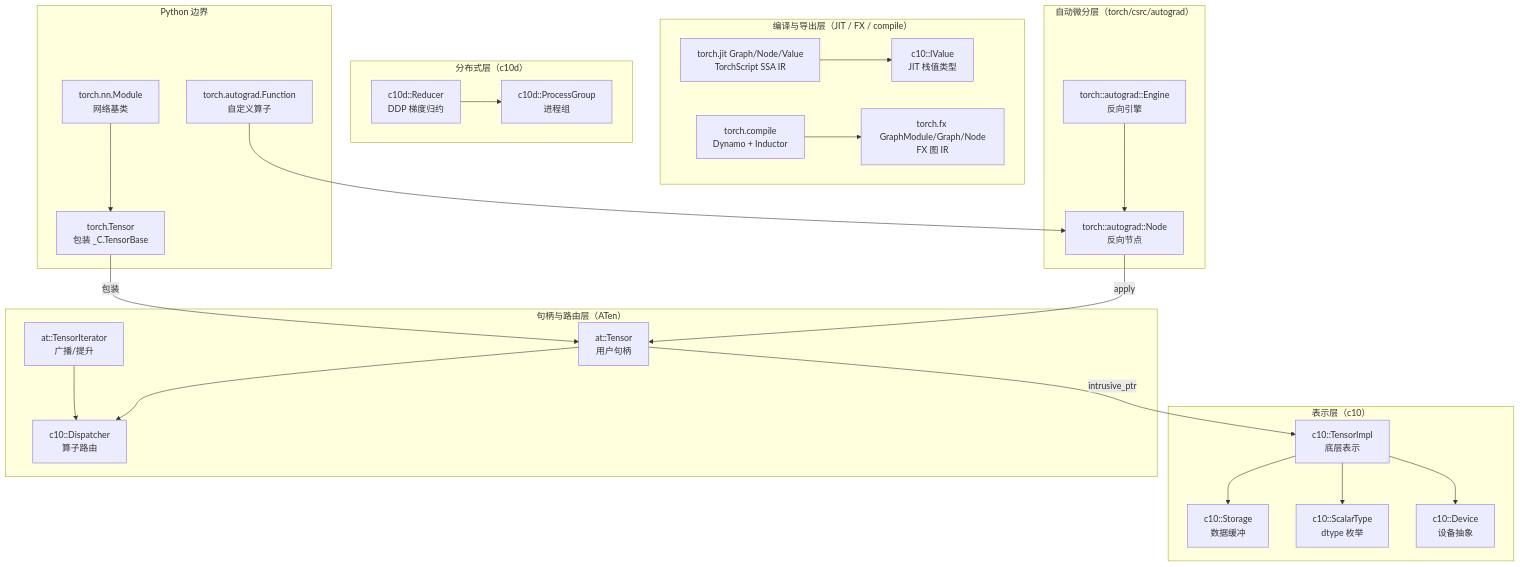
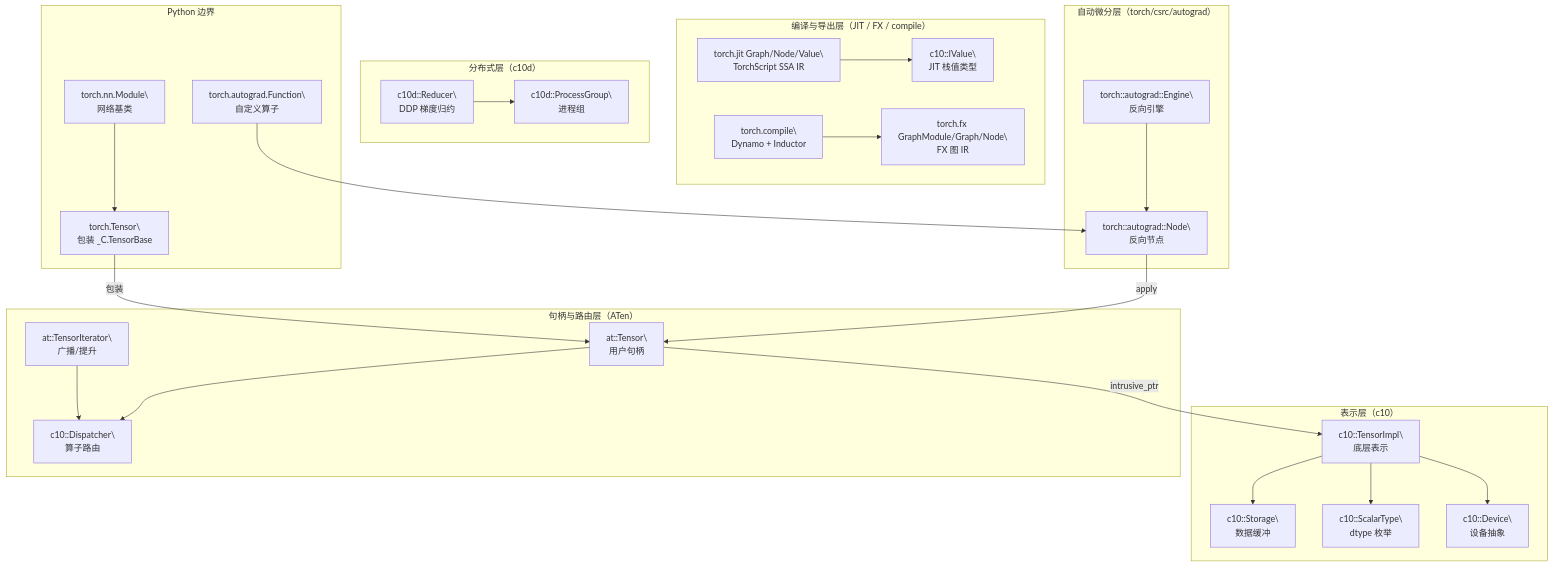
Before and after one commit to stevexiaofei/second-brain: the diagram in docs/knowledge/pytorch/pytorch-key-classes.md, drawn with Mermaid. The commit also changed 14 other files, not shown here.

First line of the commit message:
docs: bump mermaid font sizes and replace <br/> with real newlines

````diff
--- a/docs/knowledge/pytorch/pytorch-key-classes.md
+++ b/docs/knowledge/pytorch/pytorch-key-classes.md
@@ -69,47 +69,65 @@
 ```mermaid
 graph TD
     subgraph 表示层["表示层（c10）"]
-        TensorImpl["c10::TensorImpl<br/>底层表示"]
-        Storage["c10::Storage<br/>数据缓冲"]
-        ScalarType["c10::ScalarType<br/>dtype 枚举"]
-        Device["c10::Device<br/>设备抽象"]
+        TensorImpl["c10::TensorImpl\
+底层表示"]
+        Storage["c10::Storage\
+数据缓冲"]
+        ScalarType["c10::ScalarType\
+dtype 枚举"]
+        Device["c10::Device\
+设备抽象"]
         TensorImpl --> Storage
         TensorImpl --> ScalarType
         TensorImpl --> Device
     end
     subgraph 句柄与路由层["句柄与路由层（ATen）"]
-        ATenTensor["at::Tensor<br/>用户句柄"]
-        TensorIterator["at::TensorIterator<br/>广播/提升"]
-        Dispatcher["c10::Dispatcher<br/>算子路由"]
+        ATenTensor["at::Tensor\
+用户句柄"]
+        TensorIterator["at::TensorIterator\
+广播/提升"]
+        Dispatcher["c10::Dispatcher\
+算子路由"]
         ATenTensor -->|"intrusive_ptr"| TensorImpl
         ATenTensor --> Dispatcher
         TensorIterator --> Dispatcher
     end
     subgraph 自动微分层["自动微分层（torch/csrc/autograd）"]
-        Node["torch::autograd::Node<br/>反向节点"]
-        Engine["torch::autograd::Engine<br/>反向引擎"]
+        Node["torch::autograd::Node\
+反向节点"]
+        Engine["torch::autograd::Engine\
+反向引擎"]
         Engine --> Node
         Node -->|"apply"| ATenTensor
     end
     subgraph 编译与导出层["编译与导出层（JIT / FX / compile）"]
-        Graph["torch.jit Graph/Node/Value<br/>TorchScript SSA IR"]
-        FXGraph["torch.fx GraphModule/Graph/Node<br/>FX 图 IR"]
-        Compile["torch.compile<br/>Dynamo + Inductor"]
-        IValue["c10::IValue<br/>JIT 栈值类型"]
+        Graph["torch.jit Graph/Node/Value\
+TorchScript SSA IR"]
+        FXGraph["torch.fx GraphModule/Graph/Node\
+FX 图 IR"]
+        Compile["torch.compile\
+Dynamo + Inductor"]
+        IValue["c10::IValue\
+JIT 栈值类型"]
         Graph --> IValue
         Compile --> FXGraph
     end
     subgraph 分布式层["分布式层（c10d）"]
-        ProcessGroup["c10d::ProcessGroup<br/>进程组"]
-        Reducer["c10d::Reducer<br/>DDP 梯度归约"]
+        ProcessGroup["c10d::ProcessGroup\
+进程组"]
+        Reducer["c10d::Reducer\
+DDP 梯度归约"]
         Reducer --> ProcessGroup
     end
     subgraph Python 边界["Python 边界"]
-        PyTensor["torch.Tensor<br/>包装 _C.TensorBase"]
-        PyModule["torch.nn.Module<br/>网络基类"]
-        PyFunction["torch.autograd.Function<br/>自定义算子"]
+        PyTensor["torch.Tensor\
+包装 _C.TensorBase"]
+        PyModule["torch.nn.Module\
+网络基类"]
+        PyFunction["torch.autograd.Function\
+自定义算子"]
         PyTensor -->|"包装"| ATenTensor
         PyModule --> PyTensor
         PyFunction --> Node
     end
 ```
````
